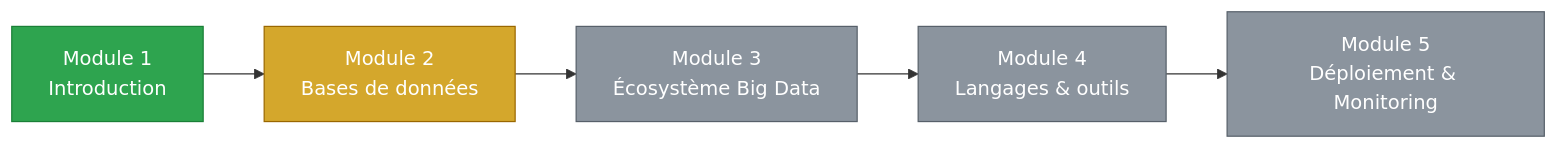
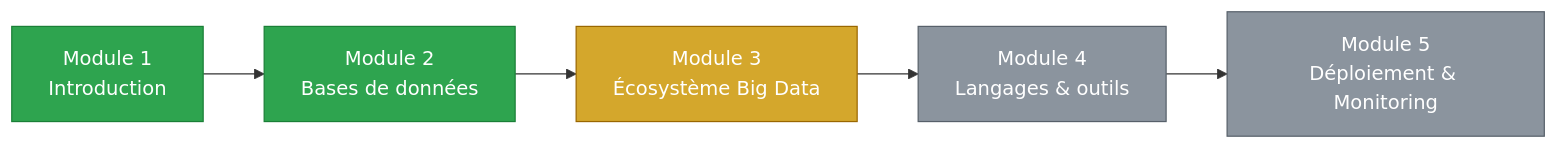
Before and after one commit to abdoudjigo/DATA_ENGINEERING_CERTIFICATION: the second of 2 diagrams in README.md, drawn with Mermaid. The commit also changed other lines of this file, not shown here.

Commit message:
README : module 2 terminé — diagramme, tableau et roadmap mis à jour

````diff
--- a/README.md
+++ b/README.md
@@ -106,15 +106,15 @@
 ```mermaid
 flowchart LR
     M1["Module 1<br/>Introduction"] --> M2["Module 2<br/>Bases de données"]
     M2 --> M3["Module 3<br/>Écosystème Big Data"]
     M3 --> M4["Module 4<br/>Langages & outils"]
     M4 --> M5["Module 5<br/>Déploiement & Monitoring"]
 
     classDef done fill:#2ea44f,stroke:#1a7f37,color:#fff;
     classDef current fill:#d4a72c,stroke:#9a6700,color:#fff;
     classDef todo fill:#8b949e,stroke:#57606a,color:#fff;
 
-    class M1 done
-    class M2 current
-    class M3,M4,M5 todo
+    class M1,M2 done
+    class M3 current
+    class M4,M5 todo
 ```
````
